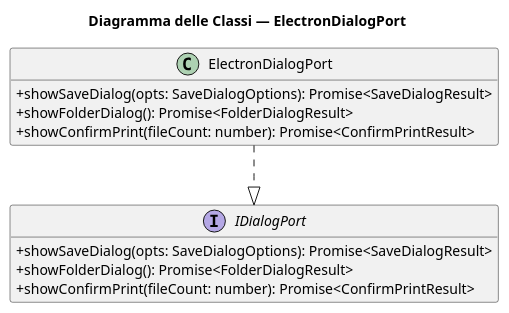
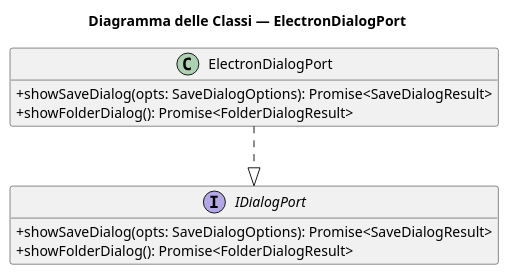
Before and after one commit to 7-ZPUs/Docs: the fifth of 5 diagrams in 3_PB/DocumentiEsterni/DiagrammiSpecificaTecnica/C4/C4_backend_Export.puml, drawn with PlantUML. The commit also changed other lines of this file and 15 other files, not shown here.

```diff
--- a/3_PB/DocumentiEsterni/DiagrammiSpecificaTecnica/C4/C4_backend_Export.puml
+++ b/3_PB/DocumentiEsterni/DiagrammiSpecificaTecnica/C4/C4_backend_Export.puml
@@ -242,19 +220,17 @@
 @startuml Export_IPC_Part4
 title Diagramma delle Classi — ElectronDialogPort
 skinparam classAttributeIconSize 0
 skinparam linetype ortho
 hide empty members
 
 interface IDialogPort {
     + showSaveDialog(opts: SaveDialogOptions): Promise<SaveDialogResult>
     + showFolderDialog(): Promise<FolderDialogResult>
-    + showConfirmPrint(fileCount: number): Promise<ConfirmPrintResult>
 }
 class ElectronDialogPort {
     + showSaveDialog(opts: SaveDialogOptions): Promise<SaveDialogResult>
     + showFolderDialog(): Promise<FolderDialogResult>
-    + showConfirmPrint(fileCount: number): Promise<ConfirmPrintResult>
 }
 
 ElectronDialogPort ..|> IDialogPort
 @enduml
```
